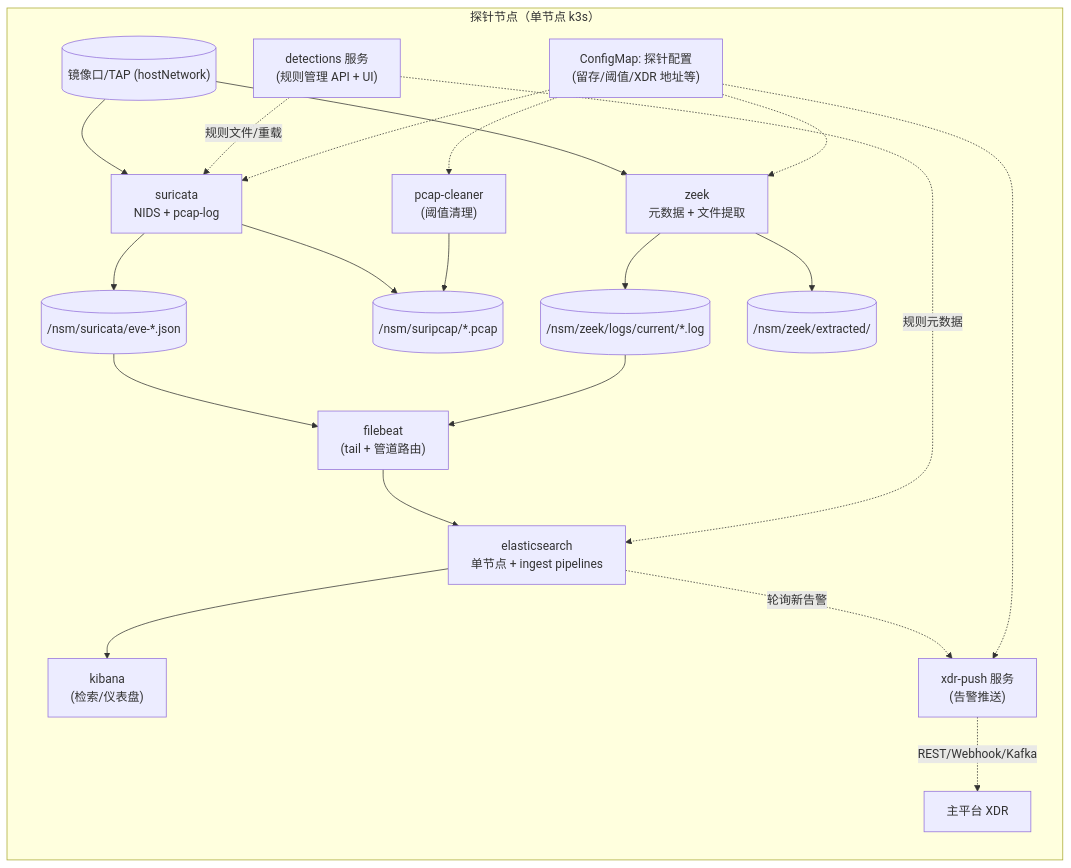
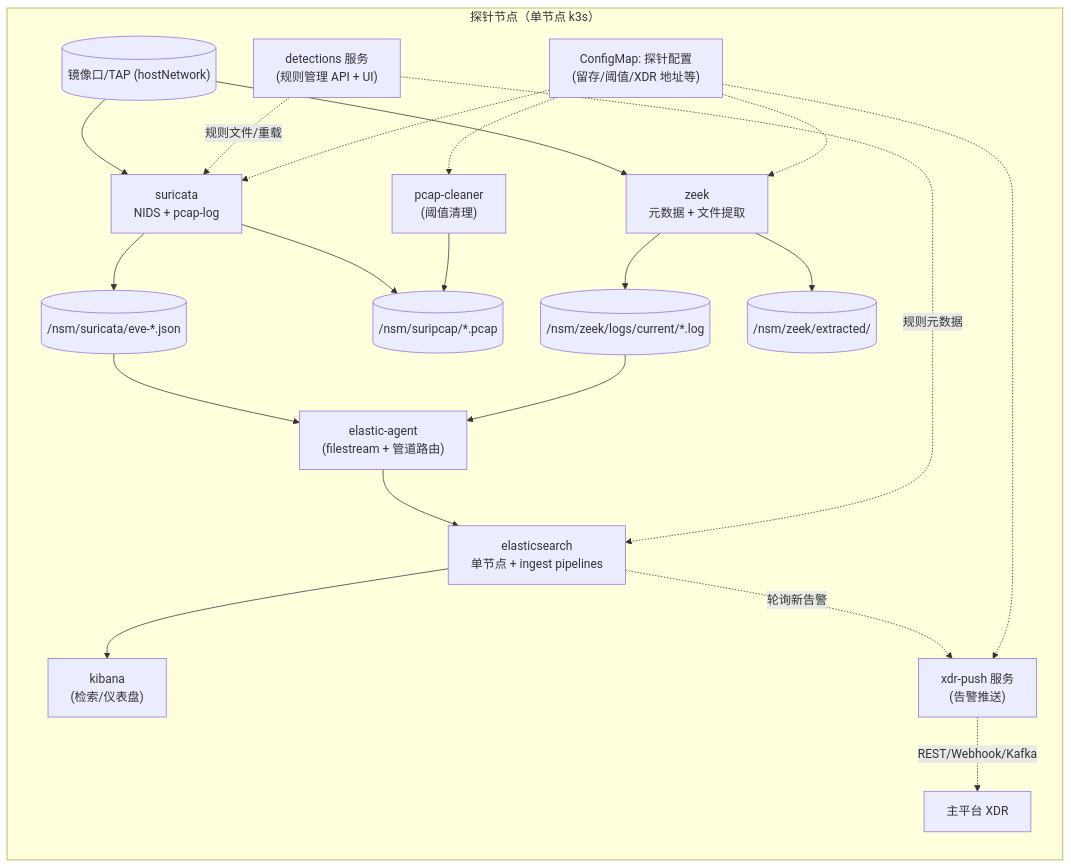
One commit to Cxiyuan/nss-ndr changed the diagram in docs/架构设计-NDR探针-容器化-k3s.md. Above: the diagram before and after it, drawn with Mermaid. The commit also changed other lines of this file and 23 other files, not shown here.

First line of the commit message:
feat: 采集层切换 Elastic Agent（standalone，对齐 SO）替代 filebeat

````diff
--- a/docs/架构设计-NDR探针-容器化-k3s.md
+++ b/docs/架构设计-NDR探针-容器化-k3s.md
@@ -18,35 +18,35 @@
 ```mermaid
 flowchart LR
     subgraph K3S["探针节点（单节点 k3s）"]
         TAP[("镜像口/TAP (hostNetwork)")]
         SUR["suricata<br/>NIDS + pcap-log"]
         ZK["zeek<br/>元数据 + 文件提取"]
         EVE[("/nsm/suricata/eve-*.json")]
         ZLOG[("/nsm/zeek/logs/current/*.log")]
         SURPCAP[("/nsm/suripcap/*.pcap")]
         EXTRACT[("/nsm/zeek/extracted/")]
-        FB["filebeat<br/>(tail + 管道路由)"]
+        FB["elastic-agent<br/>(filestream + 管道路由)"]
         ES["elasticsearch<br/>单节点 + ingest pipelines"]
         KIB["kibana<br/>(检索/仪表盘)"]
         DET["detections 服务<br/>(规则管理 API + UI)"]
         XDRP["xdr-push 服务<br/>(告警推送)"]
         CLEAN["pcap-cleaner<br/>(阈值清理)"]
         CFG["ConfigMap: 探针配置<br/>(留存/阈值/XDR 地址等)"]
 
         TAP --> SUR & ZK
         SUR --> EVE
         SUR --> SURPCAP
         ZK --> ZLOG
         ZK --> EXTRACT
         EVE --> FB
         ZLOG --> FB
         FB --> ES
         ES --> KIB
         DET -. 规则文件/重载 .-> SUR
         DET -. 规则元数据 .-> ES
         ES -. 轮询新告警 .-> XDRP
         XDRP -. "REST/Webhook/Kafka" .-> XDR["主平台 XDR"]
         CLEAN --> SURPCAP
         CFG -.-> SUR & ZK & CLEAN & XDRP
     end
 ```
````
